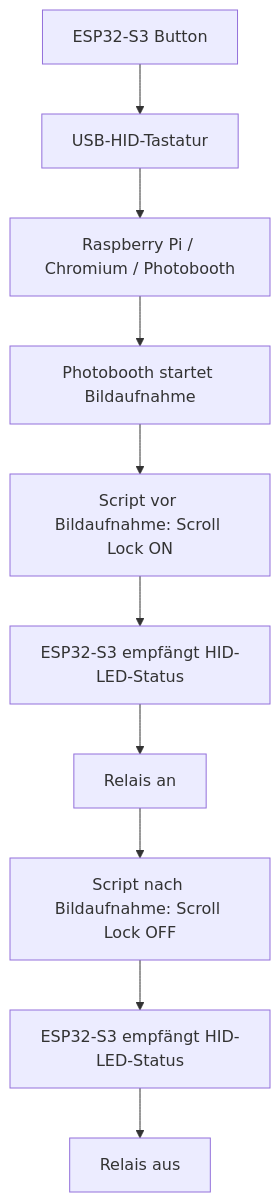
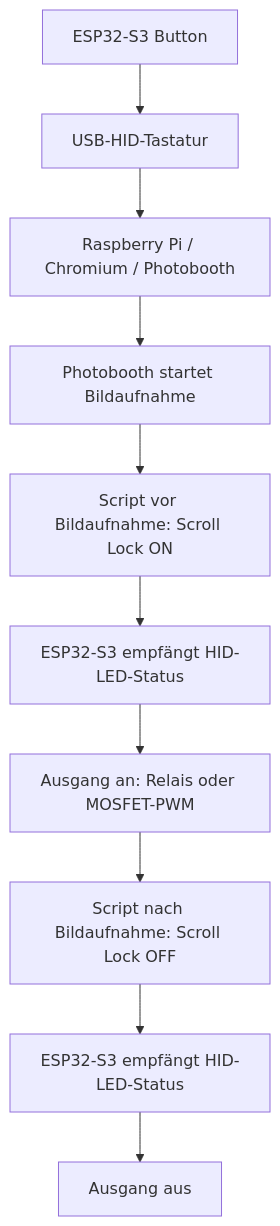
One commit to Philippxmeyer/Photobooth-Esp32-HID changed the diagram in README.md. Above: the diagram before and after it, drawn with Mermaid. The commit also changed other lines of this file and 1 other file, not shown here.

Commit message:
Add MOSFET PWM output mode

````diff
--- a/README.md
+++ b/README.md
@@ -20,12 +21,12 @@
 ```mermaid
 flowchart TD
     A[ESP32-S3 Button] --> B[USB-HID-Tastatur]
     B --> C[Raspberry Pi / Chromium / Photobooth]
     C --> D[Photobooth startet Bildaufnahme]
     D --> E[Script vor Bildaufnahme: Scroll Lock ON]
     E --> F[ESP32-S3 empfängt HID-LED-Status]
-    F --> G[Relais an]
+    F --> G[Ausgang an: Relais oder MOSFET-PWM]
     G --> H[Script nach Bildaufnahme: Scroll Lock OFF]
     H --> I[ESP32-S3 empfängt HID-LED-Status]
-    I --> J[Relais aus]
+    I --> J[Ausgang aus]
 ```
````
